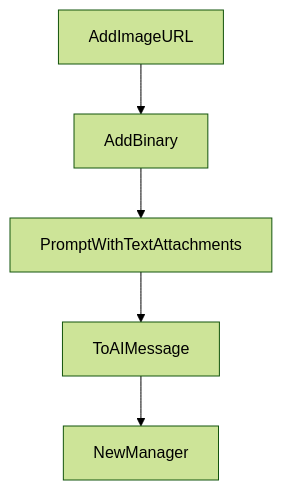
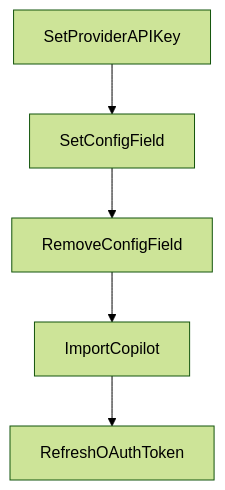
One commit to johnxie/awesome-code-docs changed the diagram in tutorials/crush-tutorial/06-skills-commands-and-workflow-customization.md. Above: the diagram before and after it, drawn with Mermaid (forest theme). The commit also changed other lines of this file and 1232 other files, not shown here.

````diff
--- a/tutorials/crush-tutorial/06-skills-commands-and-workflow-customization.md
+++ b/tutorials/crush-tutorial/06-skills-commands-and-workflow-customization.md
@@ -231,12 +229,12 @@
 ```mermaid
 flowchart TD
-    A[AddImageURL]
-    B[AddBinary]
-    C[PromptWithTextAttachments]
-    D[ToAIMessage]
-    E[NewManager]
+    A[SetProviderAPIKey]
+    B[SetConfigField]
+    C[RemoveConfigField]
+    D[ImportCopilot]
+    E[RefreshOAuthToken]
     A --> B
     B --> C
     C --> D
     D --> E
 ```
````
